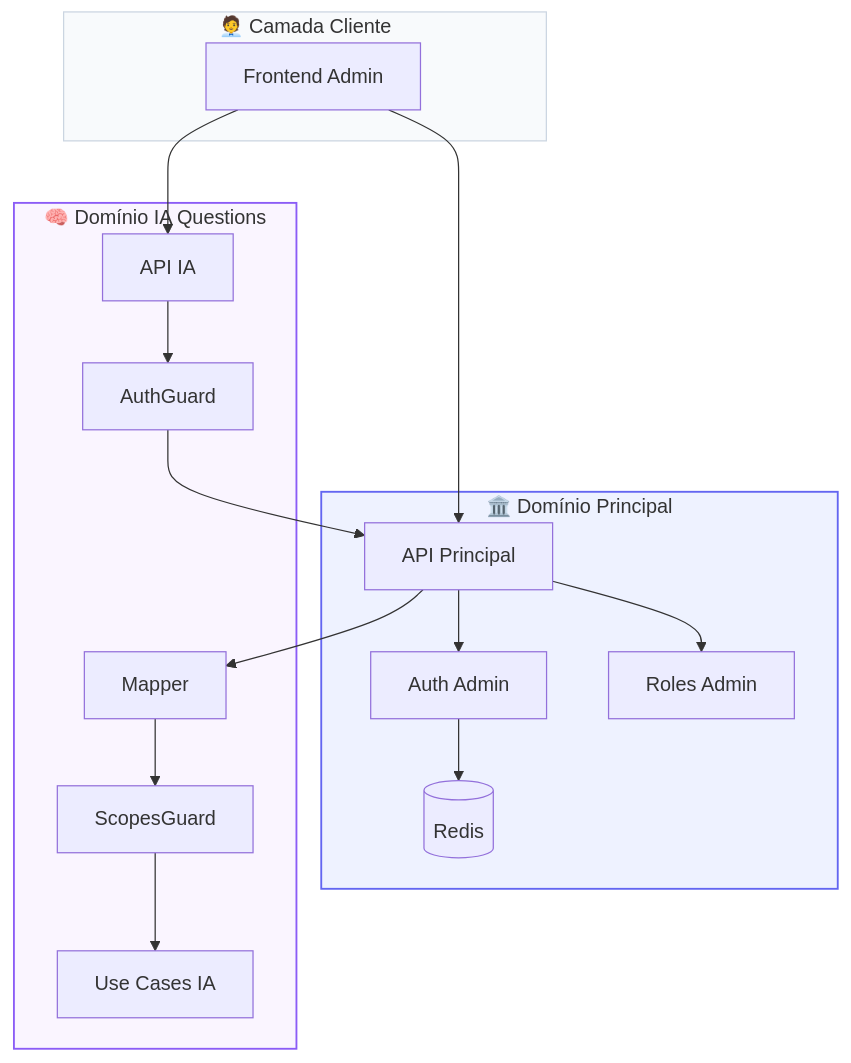
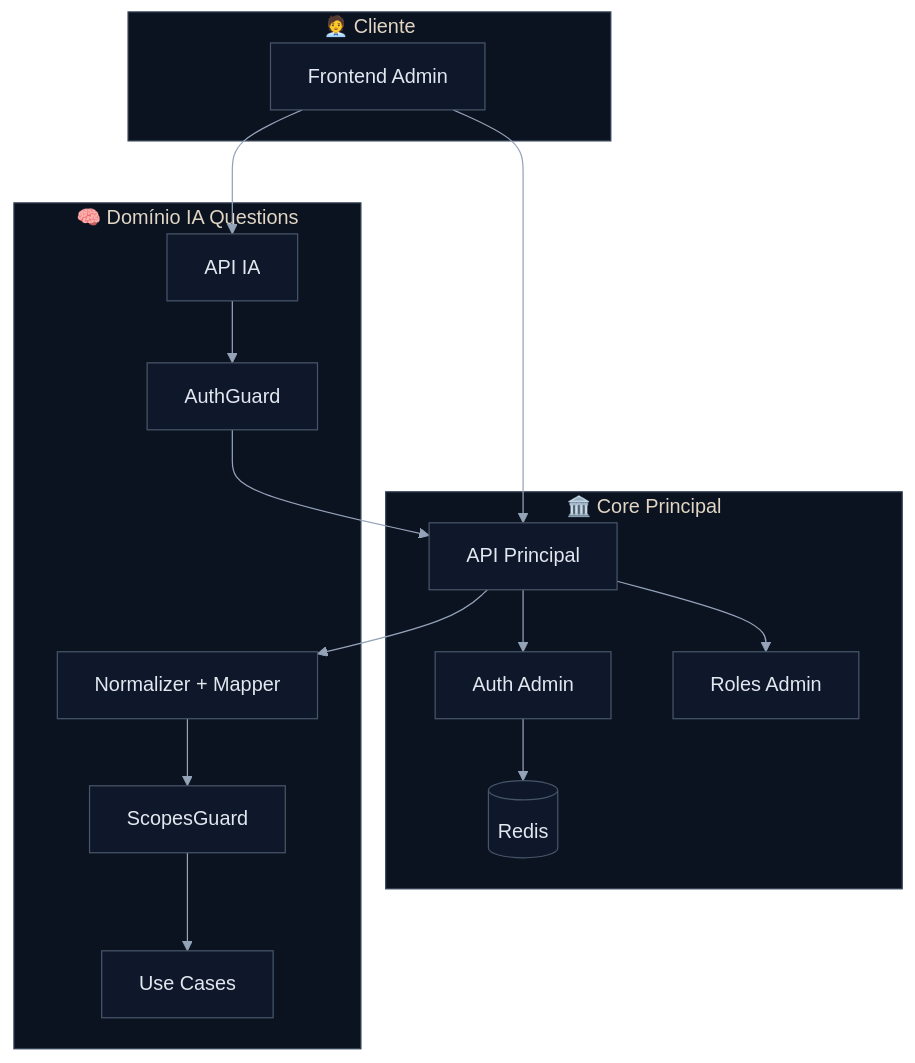
The second of 8 diagrams in RFC-0001-Auth.md (matheusdiamantino-betalent/IA), drawn with Mermaid before and after one commit. The commit also changed other lines of this file, not shown here.

````diff
--- a/RFC-0001-Auth.md
+++ b/RFC-0001-Auth.md
@@ -363,36 +252,35 @@
 ```mermaid
+%%{init: {'theme':'base','themeVariables': {
+  'primaryColor':'#0f172a','primaryTextColor':'#e2e8f0','primaryBorderColor':'#475569','lineColor':'#94a3b8','secondaryColor':'#111827','tertiaryColor':'#1e293b','background':'#020617','mainBkg':'#0f172a','secondBkg':'#111827','tertiaryBkg':'#1e293b','clusterBkg':'#0b1220','clusterBorder':'#334155','edgeLabelBackground':'#0f172a','fontFamily':'Inter, Segoe UI, Arial'
+}}}%%
 flowchart TB
-    subgraph CLIENTE[🧑‍💼 Camada Cliente]
+    subgraph CLIENTE[🧑‍💼 Cliente]
         FE[Frontend Admin]
     end
 
-    subgraph CORE[🏛️ Domínio Principal]
+    subgraph CORE[🏛️ Core Principal]
         AP[API Principal]
         AUTH[Auth Admin]
         ROLE[Roles Admin]
         REDIS[(Redis)]
     end
 
     subgraph IA_DOMAIN[🧠 Domínio IA Questions]
         IAA[API IA]
         GUARD[AuthGuard]
-        MAP[Mapper]
+        MAP[Normalizer + Mapper]
         SCOPE[ScopesGuard]
-        USECASE[Use Cases IA]
+        USECASE[Use Cases]
     end
 
     FE --> AP
     FE --> IAA
     AP --> AUTH
     AUTH --> REDIS
     AP --> ROLE
     IAA --> GUARD
     GUARD --> AP
     AP --> MAP
     MAP --> SCOPE
     SCOPE --> USECASE
-
-    style CLIENTE fill:#f8fafc,stroke:#cbd5e1,stroke-width:1px
-    style CORE fill:#eef2ff,stroke:#6366f1,stroke-width:1.5px
-    style IA_DOMAIN fill:#faf5ff,stroke:#8b5cf6,stroke-width:1.5px
 ```
````
